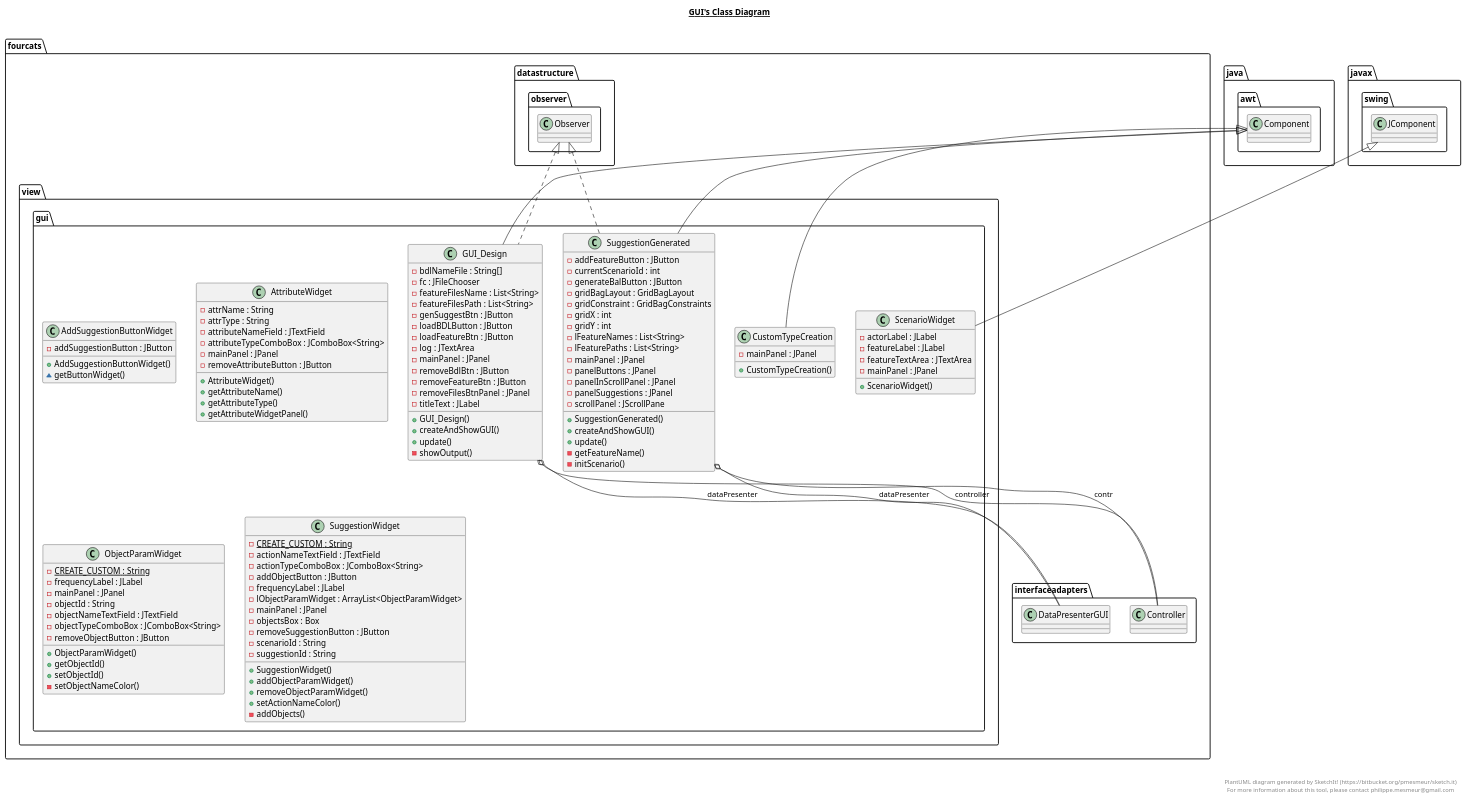
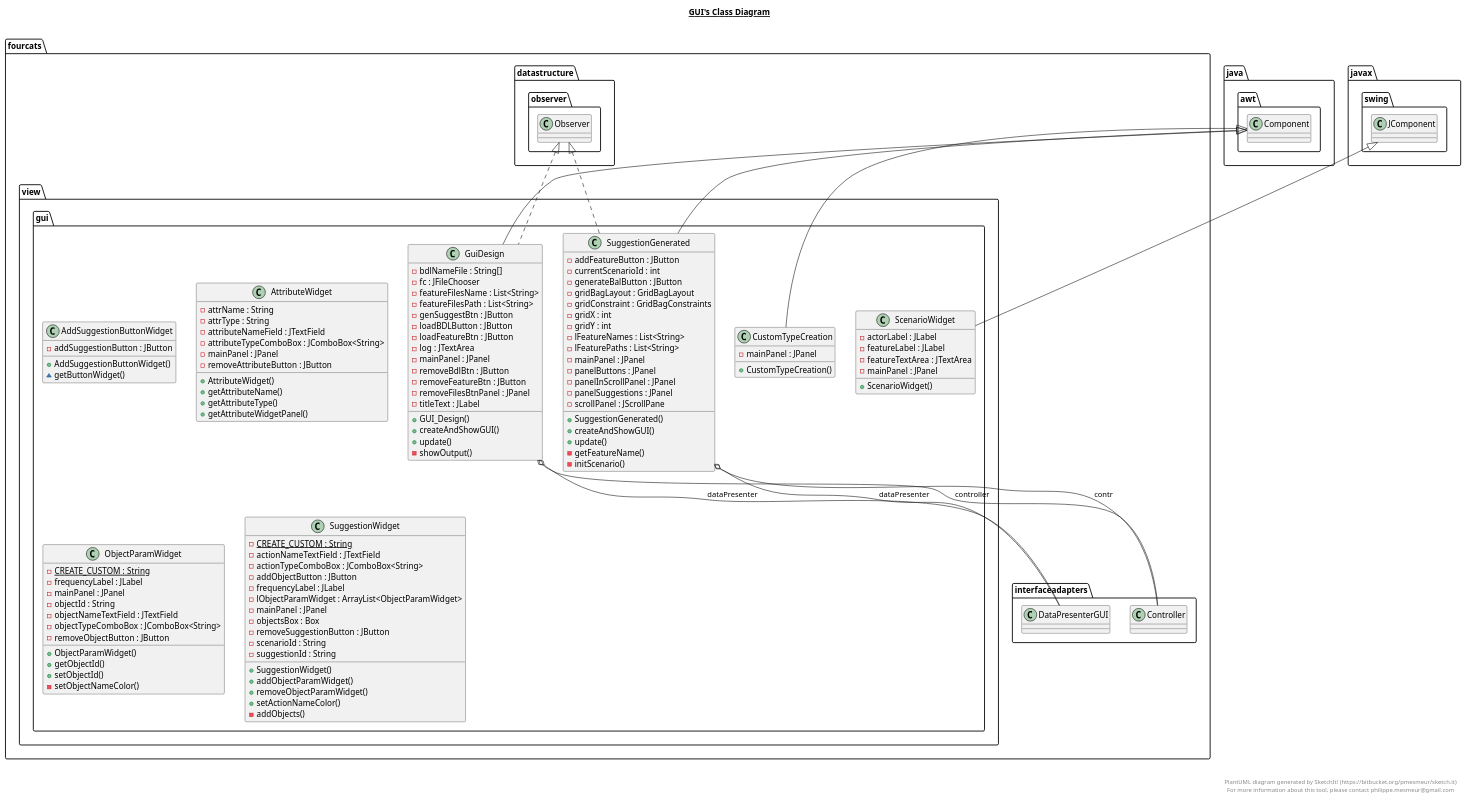
The diagram in NaturalAPI_Design/src/main/java/fourcats/view/gui/gui.plantuml (fourcatsteam/NaturalAPI), drawn with PlantUML before and after one commit. The commit also changed 62 other files, not shown here.

```diff
--- a/NaturalAPI_Design/src/main/java/fourcats/view/gui/gui.plantuml
+++ b/NaturalAPI_Design/src/main/java/fourcats/view/gui/gui.plantuml
@@ -1,187 +1,187 @@
 @startuml
 
 title __GUI's Class Diagram__\n
 
   namespace fourcats {
     namespace view {
       namespace gui {
         class fourcats.view.gui.AddSuggestionButtonWidget {
             - addSuggestionButton : JButton
             + AddSuggestionButtonWidget()
             ~ getButtonWidget()
         }
       }
     }
   }
   
 
   namespace fourcats {
     namespace view {
       namespace gui {
         class fourcats.view.gui.AttributeWidget {
             - attrName : String
             - attrType : String
             - attributeNameField : JTextField
             - attributeTypeComboBox : JComboBox<String>
             - mainPanel : JPanel
             - removeAttributeButton : JButton
             + AttributeWidget()
             + getAttributeName()
             + getAttributeType()
             + getAttributeWidgetPanel()
         }
       }
     }
   }
   
 
   namespace fourcats {
     namespace view {
       namespace gui {
         class fourcats.view.gui.CustomTypeCreation {
             - mainPanel : JPanel
             + CustomTypeCreation()
         }
       }
     }
   }
   
 
   namespace fourcats {
     namespace view {
       namespace gui {
-        class fourcats.view.gui.GUI_Design {
+        class fourcats.view.gui.GuiDesign {
             - bdlNameFile : String[]
             - fc : JFileChooser
             - featureFilesName : List<String>
             - featureFilesPath : List<String>
             - genSuggestBtn : JButton
             - loadBDLButton : JButton
             - loadFeatureBtn : JButton
             - log : JTextArea
             - mainPanel : JPanel
             - removeBdlBtn : JButton
             - removeFeatureBtn : JButton
             - removeFilesBtnPanel : JPanel
             - titleText : JLabel
             + GUI_Design()
             + createAndShowGUI()
             + update()
             - showOutput()
         }
       }
     }
   }
   
 
   namespace fourcats {
     namespace view {
       namespace gui {
         class fourcats.view.gui.ObjectParamWidget {
             {static} - CREATE_CUSTOM : String
             - frequencyLabel : JLabel
             - mainPanel : JPanel
             - objectId : String
             - objectNameTextField : JTextField
             - objectTypeComboBox : JComboBox<String>
             - removeObjectButton : JButton
             + ObjectParamWidget()
             + getObjectId()
             + setObjectId()
             - setObjectNameColor()
         }
       }
     }
   }
   
 
   namespace fourcats {
     namespace view {
       namespace gui {
         class fourcats.view.gui.ScenarioWidget {
             - actorLabel : JLabel
             - featureLabel : JLabel
             - featureTextArea : JTextArea
             - mainPanel : JPanel
             + ScenarioWidget()
         }
       }
     }
   }
   
 
   namespace fourcats {
     namespace view {
       namespace gui {
         class fourcats.view.gui.SuggestionGenerated {
             - addFeatureButton : JButton
             - currentScenarioId : int
             - generateBalButton : JButton
             - gridBagLayout : GridBagLayout
             - gridConstraint : GridBagConstraints
             - gridX : int
             - gridY : int
             - lFeatureNames : List<String>
             - lFeaturePaths : List<String>
             - mainPanel : JPanel
             - panelButtons : JPanel
             - panelInScrollPanel : JPanel
             - panelSuggestions : JPanel
             - scrollPanel : JScrollPane
             + SuggestionGenerated()
             + createAndShowGUI()
             + update()
             - getFeatureName()
             - initScenario()
         }
       }
     }
   }
   
 
   namespace fourcats {
     namespace view {
       namespace gui {
         class fourcats.view.gui.SuggestionWidget {
             {static} - CREATE_CUSTOM : String
             - actionNameTextField : JTextField
             - actionTypeComboBox : JComboBox<String>
             - addObjectButton : JButton
             - frequencyLabel : JLabel
             - lObjectParamWidget : ArrayList<ObjectParamWidget>
             - mainPanel : JPanel
             - objectsBox : Box
             - removeSuggestionButton : JButton
             - scenarioId : String
             - suggestionId : String
             + SuggestionWidget()
             + addObjectParamWidget()
             + removeObjectParamWidget()
             + setActionNameColor()
             - addObjects()
         }
       }
     }
   }
   
 
   fourcats.view.gui.CustomTypeCreation -up-|> java.awt.Component
-  fourcats.view.gui.GUI_Design .up.|> fourcats.datastructure.observer.Observer
-  fourcats.view.gui.GUI_Design -up-|> java.awt.Component
-  fourcats.view.gui.GUI_Design o-- fourcats.interfaceadapters.Controller : controller
-  fourcats.view.gui.GUI_Design o-- fourcats.interfaceadapters.DataPresenterGUI : dataPresenter
+  fourcats.view.gui.GuiDesign .up.|> fourcats.datastructure.observer.Observer
+  fourcats.view.gui.GuiDesign -up-|> java.awt.Component
+  fourcats.view.gui.GuiDesign o-- fourcats.interfaceadapters.Controller : controller
+  fourcats.view.gui.GuiDesign o-- fourcats.interfaceadapters.DataPresenterGUI : dataPresenter
   fourcats.view.gui.ScenarioWidget -up-|> javax.swing.JComponent
   fourcats.view.gui.SuggestionGenerated .up.|> fourcats.datastructure.observer.Observer
   fourcats.view.gui.SuggestionGenerated -up-|> java.awt.Component
   fourcats.view.gui.SuggestionGenerated o-- fourcats.interfaceadapters.Controller : contr
   fourcats.view.gui.SuggestionGenerated o-- fourcats.interfaceadapters.DataPresenterGUI : dataPresenter
 
 
 right footer
 
 
 PlantUML diagram generated by SketchIt! (https://bitbucket.org/pmesmeur/sketch.it)
 For more information about this tool, please contact philippe.mesmeur@gmail.com
 endfooter
 
 @enduml
```
